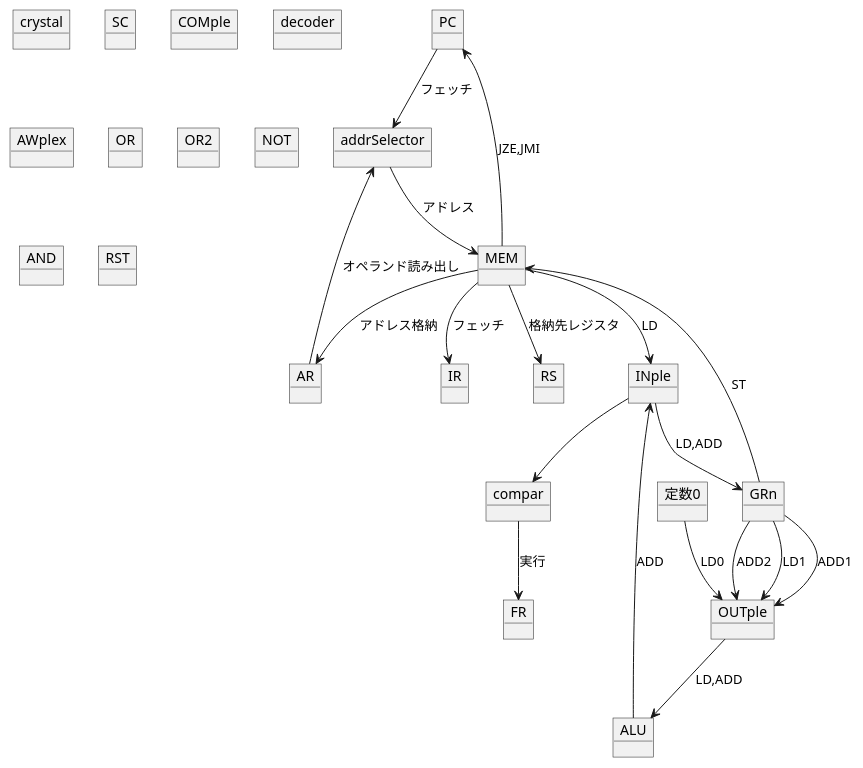
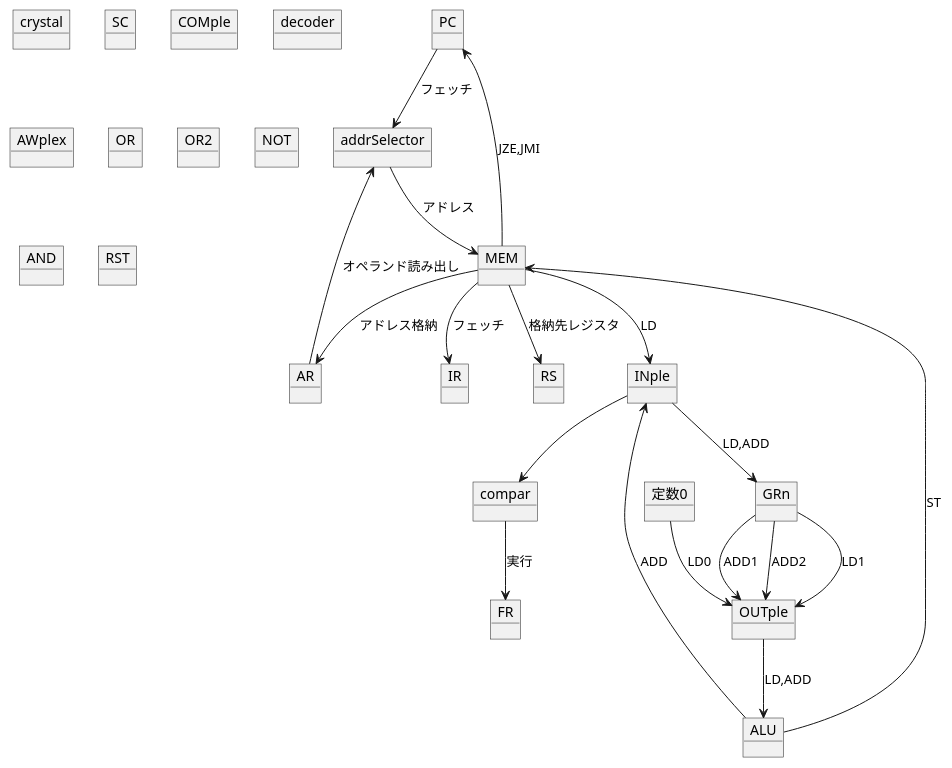
The first of 2 diagrams in note.md (SeiyaIwabuchi/myCPU-2), drawn with PlantUML before and after one commit. The commit also changed other lines of this file and 2 other files, not shown here.

````diff
--- a/note.md
+++ b/note.md
@@ -69,45 +69,45 @@
 ```plantuml
 @startuml
 object PC
 object MEM
 object IR
 object GRn
 object compar
 object FR
 object crystal
 object SC
 object RS
 object INple
 object OUTple
 object COMple
 object decoder
 object ALU
 object 定数0
 object AWplex
 object AR
 object addrSelector
 object OR
 object OR2
 object NOT
 object AND
 object RST
 PC --> addrSelector:フェッチ
 MEM --> IR:フェッチ
 MEM --> INple:LD
 INple --> GRn:LD,ADD
-GRn --> MEM:ST
 GRn --> OUTple:LD1
 定数0 --> OUTple:LD0
 compar --> FR:実行
 MEM --> PC:JZE,JMI
 MEM --> RS:格納先レジスタ
 GRn --> OUTple:ADD1
 GRn --> OUTple:ADD2
 ALU --> INple:ADD
 OUTple --> ALU:LD,ADD
 MEM --> AR:アドレス格納
 AR --> addrSelector:オペランド読み出し
 addrSelector --> MEM:アドレス
 INple --> compar
+ALU --> MEM:ST
 @enduml
 ```
````
